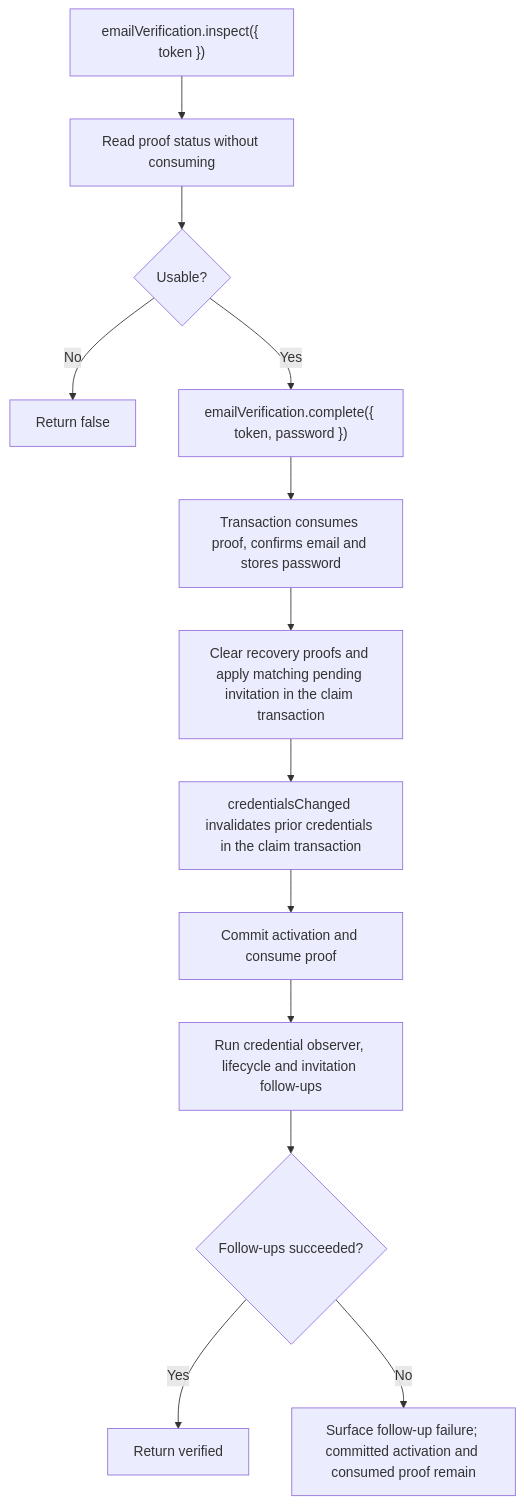
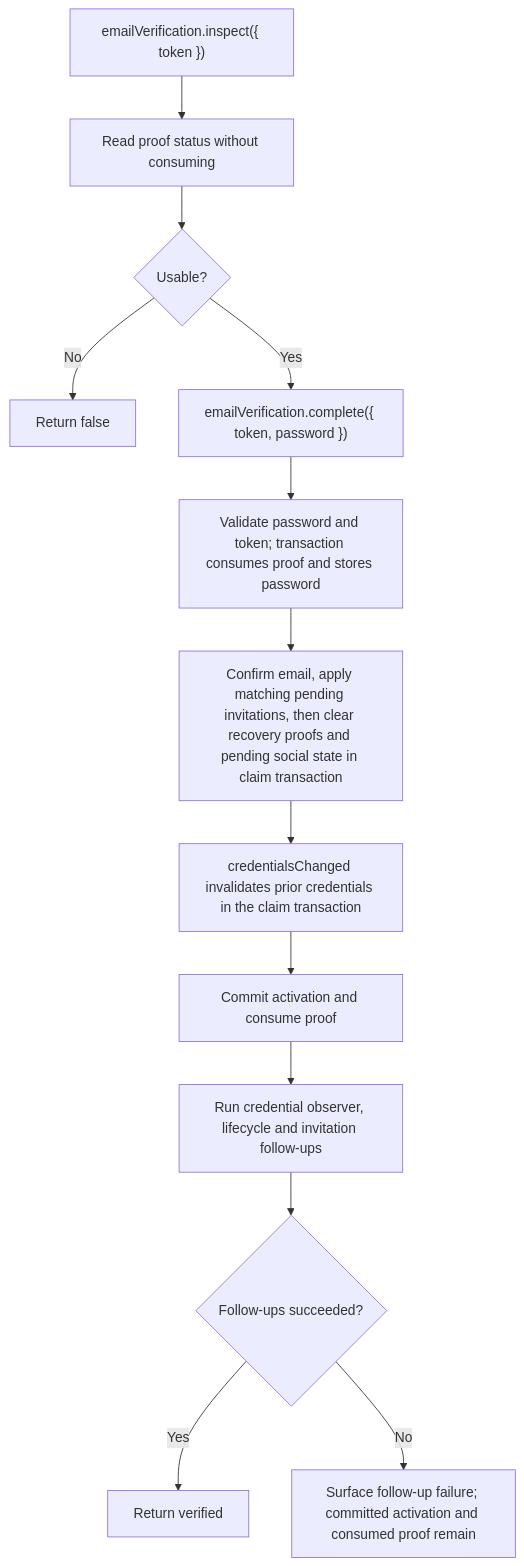
One commit to Kevinjohn/oss-adonisjs-account-kit changed the second of 2 diagrams in user-stories/US-ACCOUNT-38-complete-email-verification.md. Above: the diagram before and after it, drawn with Mermaid. The commit also changed 43 other files, not shown here.

````diff
--- a/user-stories/US-ACCOUNT-38-complete-email-verification.md
+++ b/user-stories/US-ACCOUNT-38-complete-email-verification.md
@@ -38,15 +38,15 @@
 ```mermaid
 flowchart TD
  A["emailVerification.inspect({ token })"] --> B["Read proof status without consuming"]
  B --> C{"Usable?"}
  C -->|No| D["Return false"]
  C -->|Yes| E["emailVerification.complete({ token, password })"]
- E --> F["Transaction consumes proof, confirms email and stores password"]
- F --> G["Clear recovery proofs and apply matching pending invitation in the claim transaction"]
+ E --> F["Validate password and token; transaction consumes proof and stores password"]
+ F --> G["Confirm email, apply matching pending invitations, then clear recovery proofs and pending social state in claim transaction"]
  G --> CRED["credentialsChanged invalidates prior credentials in the claim transaction"]
  CRED --> H["Commit activation and consume proof"]
  H --> I["Run credential observer, lifecycle and invitation follow-ups"]
  I --> J{"Follow-ups succeeded?"}
  J -->|Yes| K["Return verified"]
  J -->|No| L["Surface follow-up failure; committed activation and consumed proof remain"]
 ```
````
